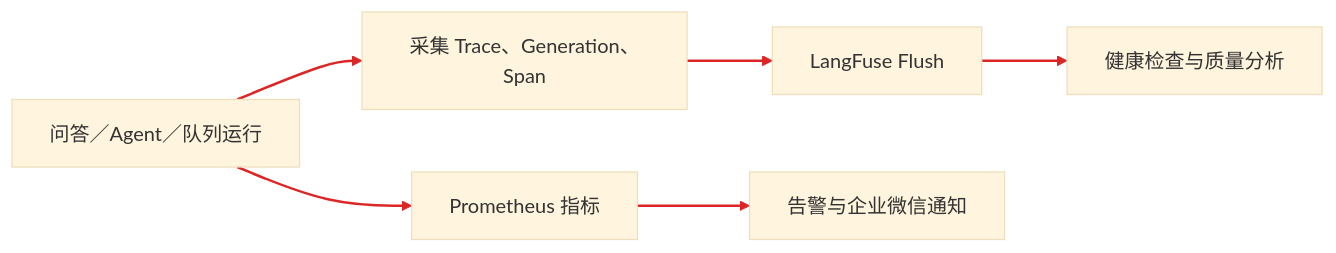
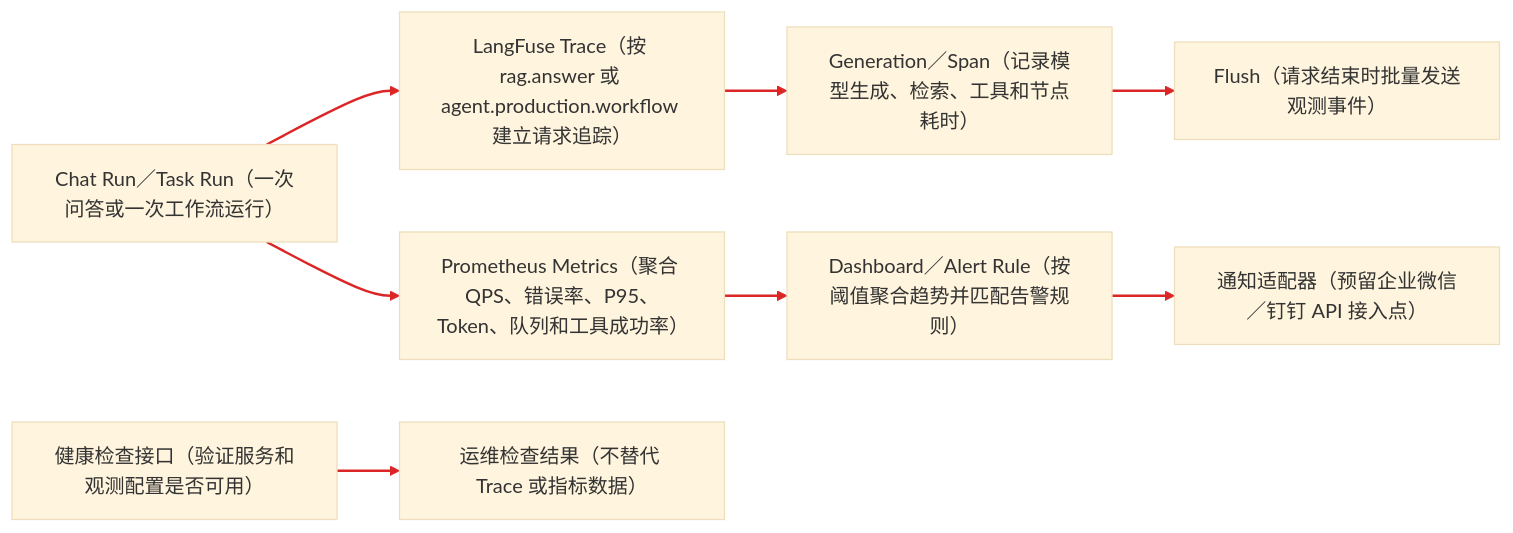
Diagram 16 of 37 in docs/interview/功能步骤流程.md (monstereatai/RAG), drawn with Mermaid (base theme) before and after one commit. The commit also changed other lines of this file and 21 other files, not shown here.

````diff
--- a/docs/interview/功能步骤流程.md
+++ b/docs/interview/功能步骤流程.md
@@ -1514,9 +1789,11 @@
 ```mermaid
 flowchart LR
-A[问答／Agent／队列运行] --> B[采集 Trace、Generation、Span]
-  B --> C[LangFuse Flush]
-  C --> D[健康检查与质量分析]
-  A --> E[Prometheus 指标]
-  E --> F[告警与企业微信通知]
-  linkStyle 0,1,2,3,4 stroke:#dc2626,stroke-width:2px
+ A[Chat Run／Task Run（一次问答或一次工作流运行）] --> B[LangFuse Trace（按 rag.answer 或 agent.production.workflow 建立请求追踪）]
+  B --> C[Generation／Span（记录模型生成、检索、工具和节点耗时）]
+  C --> D[Flush（请求结束时批量发送观测事件）]
+  A --> E[Prometheus Metrics（聚合 QPS、错误率、P95、Token、队列和工具成功率）]
+  E --> F[Dashboard／Alert Rule（按阈值聚合趋势并匹配告警规则）]
+  F --> G[通知适配器（预留企业微信／钉钉 API 接入点）]
+  H[健康检查接口（验证服务和观测配置是否可用）] --> I[运维检查结果（不替代 Trace 或指标数据）]
+  linkStyle 0,1,2,3,4,5,6 stroke:#dc2626,stroke-width:2px
 ```
````
